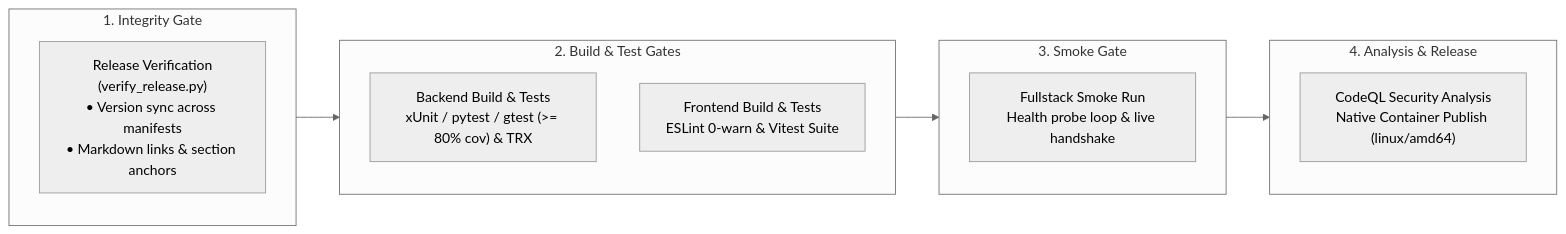
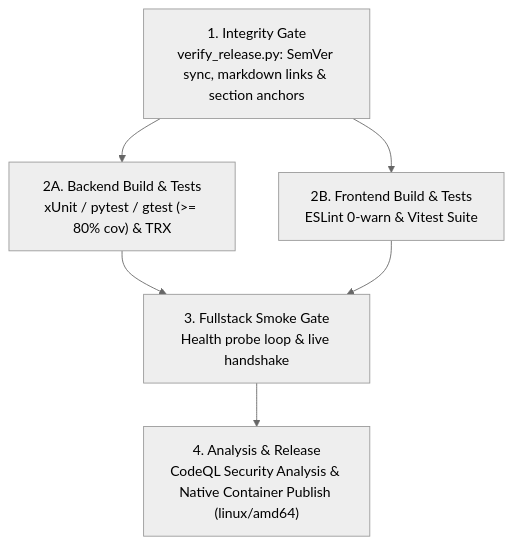
Before and after one commit to spelech/AgenticEngineeringToolbelt: the fourth of 4 diagrams in docs/standards/engineering-style-guide.md, drawn with Mermaid (neutral theme). The commit also changed other lines of this file and 30 other files, not shown here.

Commit message:
fix(docs): resolve Mermaid foreignObject text clipping, optimize diagram aspect ratios, and add pan-zoom controller

````diff
--- a/docs/standards/engineering-style-guide.md
+++ b/docs/standards/engineering-style-guide.md
@@ -264,20 +264,12 @@
 ```mermaid
-flowchart LR
-    subgraph S1["1. Integrity Gate"]
-        G1["Release Verification<br>(verify_release.py)<br>• Version sync across manifests<br>• Markdown links & section anchors"]
-    end
-    subgraph S2["2. Build & Test Gates"]
-        G2A["Backend Build & Tests<br>xUnit / pytest / gtest (>= 80% cov) & TRX"]
-        G2B["Frontend Build & Tests<br>ESLint 0-warn & Vitest Suite"]
-    end
-    subgraph S3["3. Smoke Gate"]
-        G3["Fullstack Smoke Run<br>Health probe loop & live handshake"]
-    end
-    subgraph S4["4. Analysis & Release"]
-        G4["CodeQL Security Analysis<br>Native Container Publish (linux/amd64)"]
-    end
+flowchart TD
+    G1["1. Integrity Gate<br>verify_release.py: SemVer sync, markdown links & section anchors"]
+    G2A["2A. Backend Build & Tests<br>xUnit / pytest / gtest (>= 80% cov) & TRX"]
+    G2B["2B. Frontend Build & Tests<br>ESLint 0-warn & Vitest Suite"]
+    G3["3. Fullstack Smoke Gate<br>Health probe loop & live handshake"]
+    G4["4. Analysis & Release<br>CodeQL Security Analysis & Native Container Publish (linux/amd64)"]
 
-    S1 --> S2
-    S2 --> S3
-    S3 --> S4
+    G1 --> G2A & G2B
+    G2A & G2B --> G3
+    G3 --> G4
 ```
````
